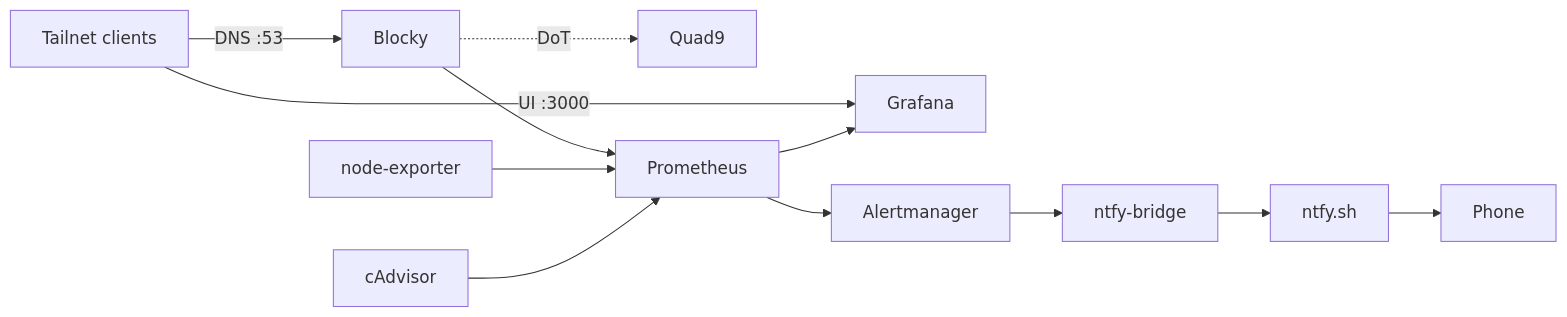
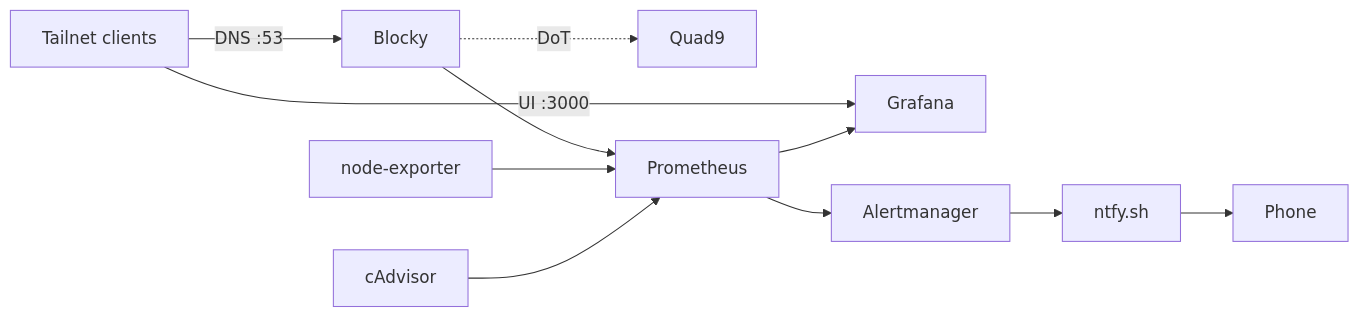
Before and after one commit to jglunn/homelab: the diagram in README.md, drawn with Mermaid. The commit also changed other lines of this file and 3 other files, not shown here.

````diff
--- a/README.md
+++ b/README.md
@@ -7,11 +7,11 @@
 ```mermaid
 flowchart LR
     T[Tailnet clients] -->|DNS :53| B[Blocky]
     T -->|UI :3000| G[Grafana]
     B -.->|DoT| Q[Quad9]
     B --> P[Prometheus]
     N[node-exporter] --> P
     C[cAdvisor] --> P
     P --> G
-    P --> AM[Alertmanager] --> BR[ntfy-bridge] --> NT[ntfy.sh] --> Phone
+    P --> AM[Alertmanager] --> NT[ntfy.sh] --> Phone
 ```
````
